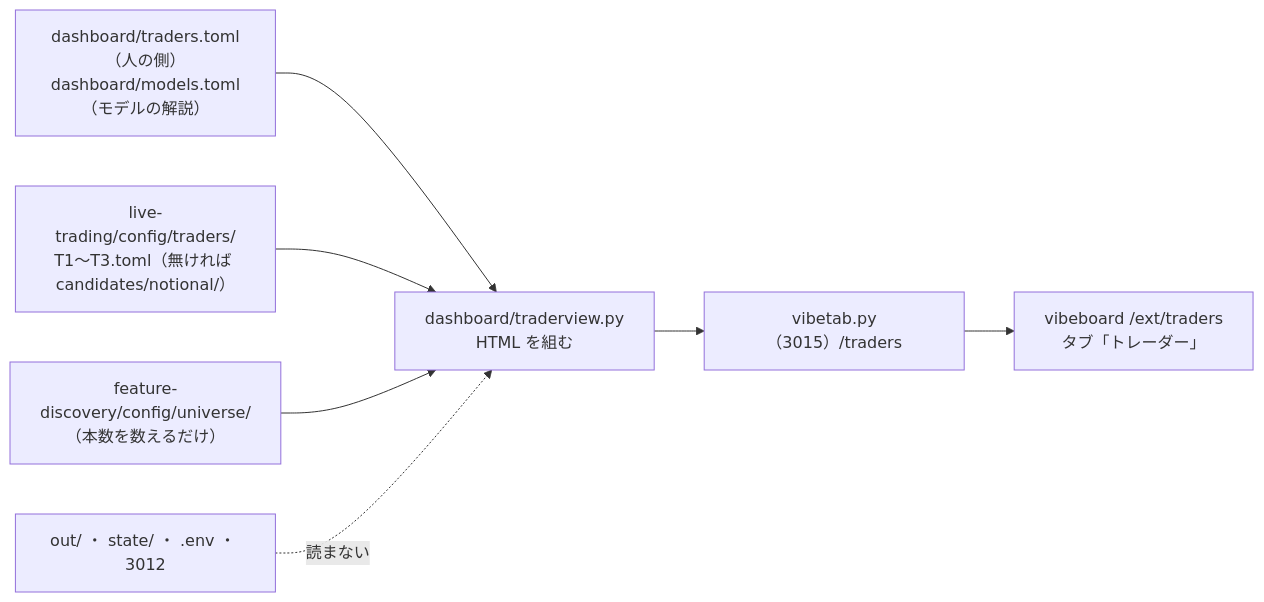
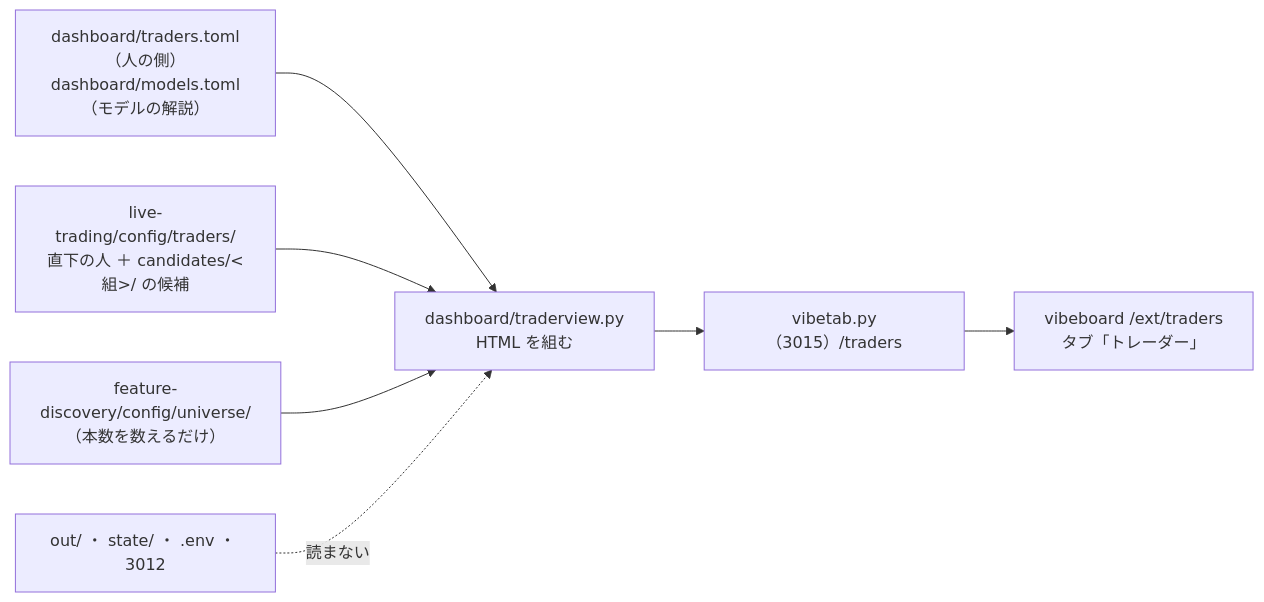
Diagram 17 of 22 in docs/specs/dashboard.md (akiraak/ai-income-lab), drawn with Mermaid before and after one commit. The commit also changed other lines of this file and 17 other files, not shown here.

````diff
--- a/docs/specs/dashboard.md
+++ b/docs/specs/dashboard.md
@@ -981,9 +981,9 @@
 ```mermaid
 flowchart LR
   W["dashboard/traders.toml（人の側）<br/>dashboard/models.toml（モデルの解説）"] --> V["dashboard/traderview.py<br/>HTML を組む"]
-  C["live-trading/config/traders/<br/>T1〜T3.toml（無ければ candidates/notional/）"] --> V
+  C["live-trading/config/traders/<br/>直下の人 ＋ candidates/&lt;組&gt;/ の候補"] --> V
   U["feature-discovery/config/universe/<br/>（本数を数えるだけ）"] --> V
   V --> S["vibetab.py（3015）/traders"]
   S --> B["vibeboard /ext/traders<br/>タブ「トレーダー」"]
   X["out/ ・ state/ ・ .env ・ 3012"] -. "読まない" .-> V
 ```
````
